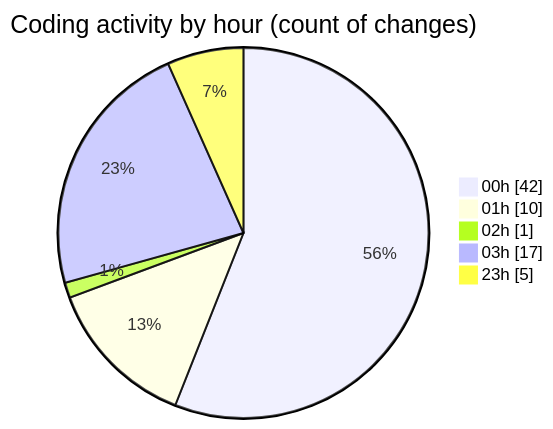
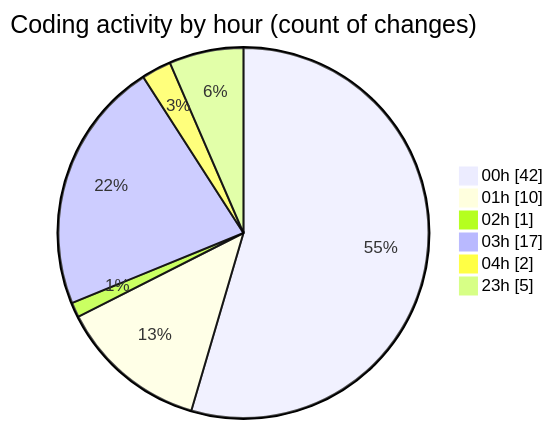
One commit to julien-gomy/code-tracking changed the second of 2 diagrams in 2025-11-27/eventscop-frontend-guide__workspace_/README.md. Above: the diagram before and after it, drawn with Mermaid. The commit also changed other lines of this file and 1 other file, not shown here.

````diff
--- a/2025-11-27/eventscop-frontend-guide__workspace_/README.md
+++ b/2025-11-27/eventscop-frontend-guide__workspace_/README.md
@@ -48,9 +49,10 @@
 ```mermaid
 pie showData
 title Coding activity by hour (count of changes)
 "00h" : 42
 "01h" : 10
 "02h" : 1
 "03h" : 17
+"04h" : 2
 "23h" : 5
 ```
````
